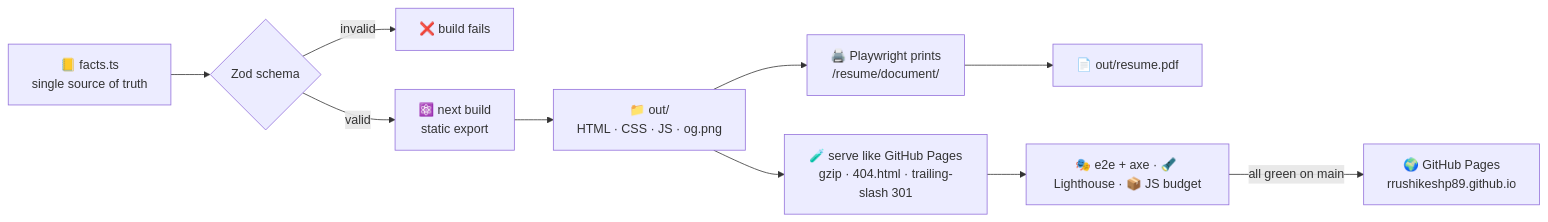
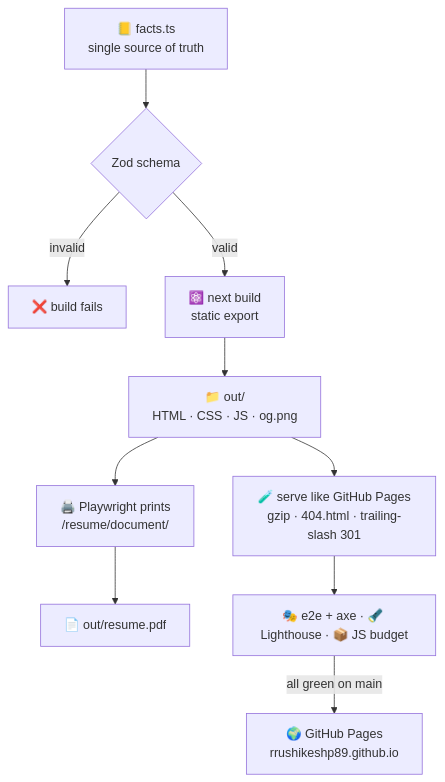
Before and after one commit to rrushikeshp89/rrushikeshp89.github.io: the first of 2 diagrams in README.md, drawn with Mermaid. The commit also changed 1 other file, not shown here.

Commit message:
docs(readme): stack the build diagram vertically and drop an unused image
The left-to-right flow was too wide to read on GitHub, with its last
node under the diagram controls.

````diff
--- a/README.md
+++ b/README.md
@@ -187,12 +187,12 @@
 ```mermaid
-flowchart LR
+flowchart TB
   F["📒 facts.ts<br/>single source of truth"] --> Z{"Zod schema"}
   Z -- invalid --> X["❌ build fails"]
   Z -- valid --> N["⚛️ next build<br/>static export"]
   N --> O["📁 out/<br/>HTML · CSS · JS · og.png"]
   O --> P["🖨️ Playwright prints<br/>/resume/document/"]
   P --> R["📄 out/resume.pdf"]
   O --> S["🧪 serve like GitHub Pages<br/>gzip · 404.html · trailing-slash 301"]
   S --> T["🎭 e2e + axe · 🔦 Lighthouse · 📦 JS budget"]
   T -- all green on main --> G["🌍 GitHub Pages<br/>rrushikeshp89.github.io"]
 ```
````
